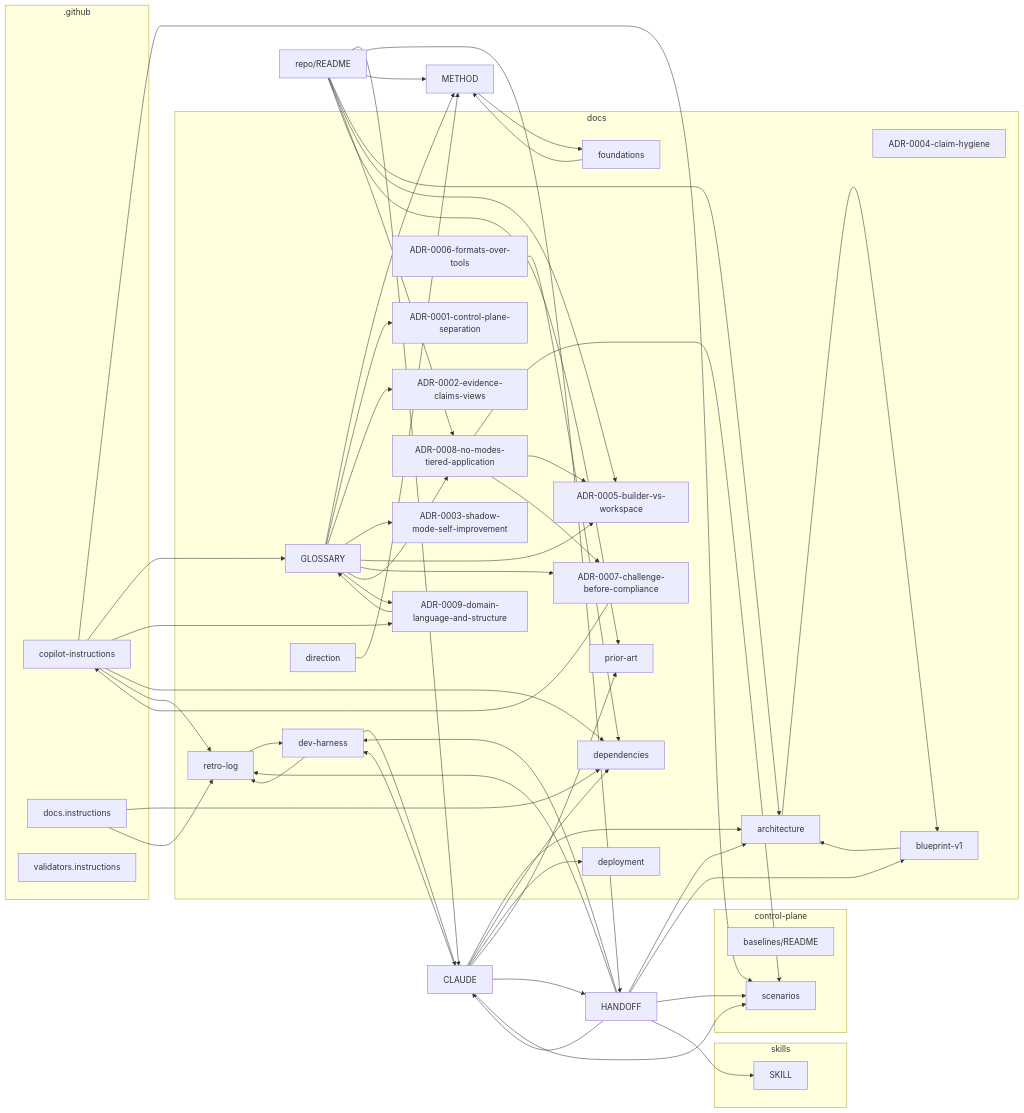
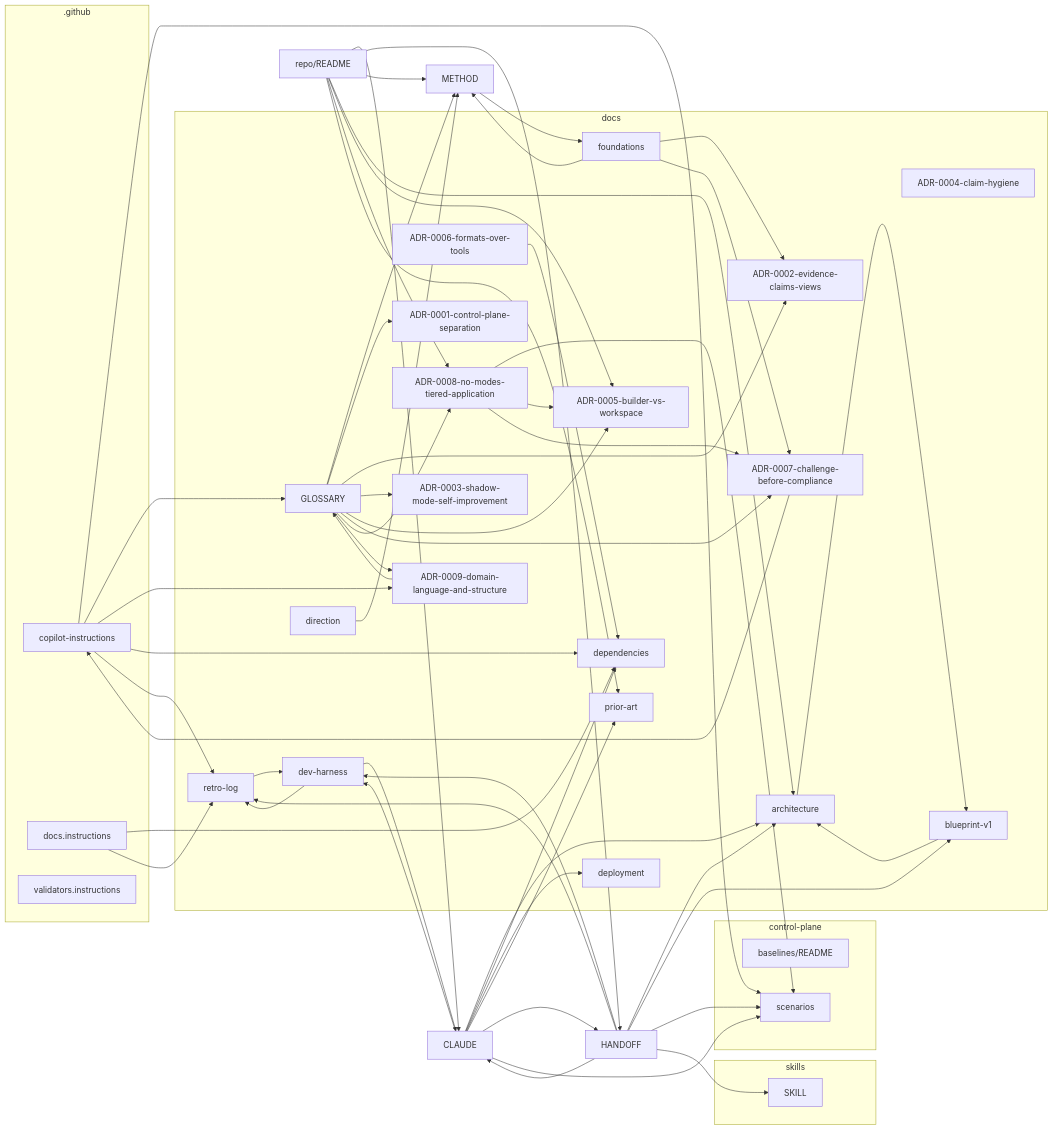
Before and after one commit to boulaajaj/ai-mise: the diagram in docs/mindmap.md, drawn with Mermaid. The commit also changed other lines of this file and 1 other file, not shown here.

Commit message:
Address review: labels + wikilinks in foundations; ledger phrased as design requirement

```diff
--- a/docs/mindmap.md
+++ b/docs/mindmap.md
@@ -88,6 +88,8 @@
   docs_decisions_ADR_0008_no_modes_tiered_application_md --> docs_decisions_ADR_0007_challenge_before_compliance_md
   docs_decisions_ADR_0009_domain_language_and_structure_md --> docs_GLOSSARY_md
   docs_foundations_md --> METHOD_md
+  docs_foundations_md --> docs_decisions_ADR_0002_evidence_claims_views_md
+  docs_foundations_md --> docs_decisions_ADR_0007_challenge_before_compliance_md
   docs_history_blueprint_v1_md --> docs_architecture_md
   docs_meta_dev_harness_md --> CLAUDE_md
   docs_meta_dev_harness_md --> docs_meta_retro_log_md
```
